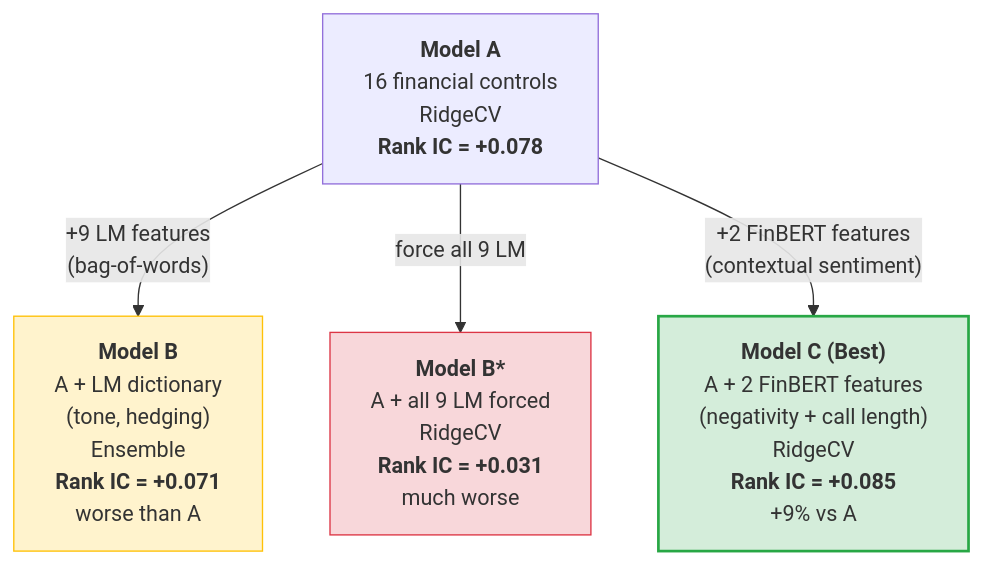
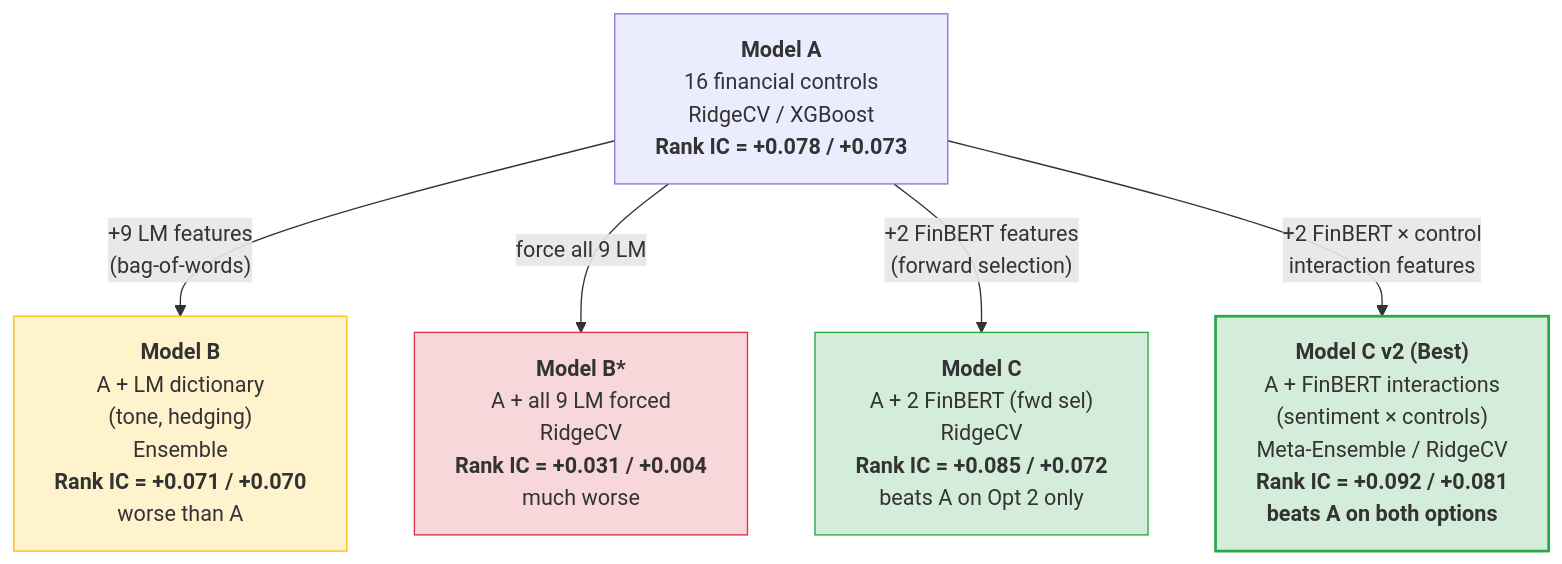
Before and after one commit to lflsphere/linguistic-alpha: the third of 5 diagrams in README.md, drawn with Mermaid. The commit also changed other lines of this file and 16 other files, not shown here.

First line of the commit message:
Model C v2: advanced FinBERT strategies for both IT benchmarks

````diff
--- a/README.md
+++ b/README.md
@@ -648,15 +649,18 @@
 ```mermaid
 flowchart TD
-    A["<b>Model A</b>\n16 financial controls\nRidgeCV\n<b>Rank IC = +0.078</b>"]
-    B["<b>Model B</b>\nA + LM dictionary\n(tone, hedging)\nEnsemble\n<b>Rank IC = +0.071</b>\nworse than A"]
-    Bstar["<b>Model B*</b>\nA + all 9 LM forced\nRidgeCV\n<b>Rank IC = +0.031</b>\nmuch worse"]
-    C["<b>Model C (Best)</b>\nA + 2 FinBERT features\n(negativity + call length)\nRidgeCV\n<b>Rank IC = +0.085</b>\n+9% vs A"]
+    A["<b>Model A</b>\n16 financial controls\nRidgeCV / XGBoost\n<b>Rank IC = +0.078 / +0.073</b>"]
+    B["<b>Model B</b>\nA + LM dictionary\n(tone, hedging)\nEnsemble\n<b>Rank IC = +0.071 / +0.070</b>\nworse than A"]
+    Bstar["<b>Model B*</b>\nA + all 9 LM forced\nRidgeCV\n<b>Rank IC = +0.031 / +0.004</b>\nmuch worse"]
+    C["<b>Model C</b>\nA + 2 FinBERT (fwd sel)\nRidgeCV\n<b>Rank IC = +0.085 / +0.072</b>\nbeats A on Opt 2 only"]
+    Cv2["<b>Model C v2 (Best)</b>\nA + FinBERT interactions\n(sentiment × controls)\nMeta-Ensemble / RidgeCV\n<b>Rank IC = +0.092 / +0.081</b>\n<b>beats A on both options</b>"]
 
     A -->|"+9 LM features\n(bag-of-words)"| B
     A -->|"force all 9 LM"| Bstar
-    A -->|"+2 FinBERT features\n(contextual sentiment)"| C
+    A -->|"+2 FinBERT features\n(forward selection)"| C
+    A -->|"+2 FinBERT × control\ninteraction features"| Cv2
 
-    style C fill:#d4edda,stroke:#28a745,stroke-width:2px
+    style Cv2 fill:#d4edda,stroke:#28a745,stroke-width:2px
+    style C fill:#d4edda,stroke:#28a745,stroke-width:1px
     style B fill:#fff3cd,stroke:#ffc107
     style Bstar fill:#f8d7da,stroke:#dc3545
 ```
````
